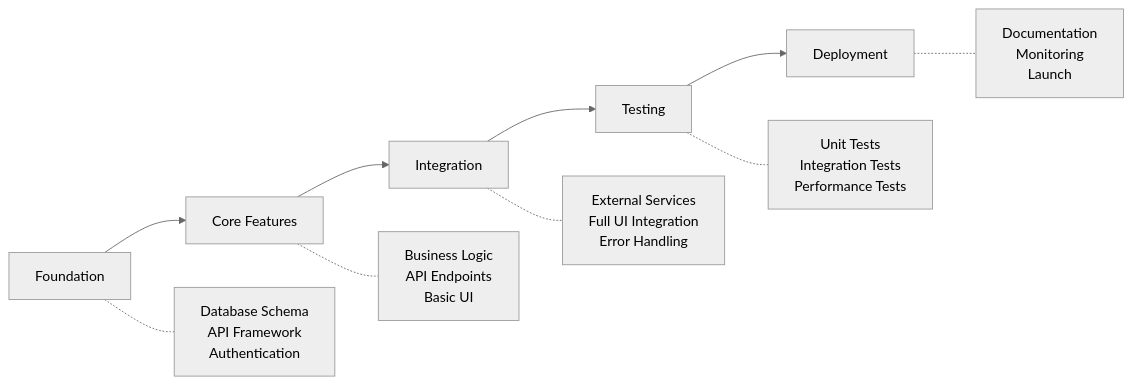
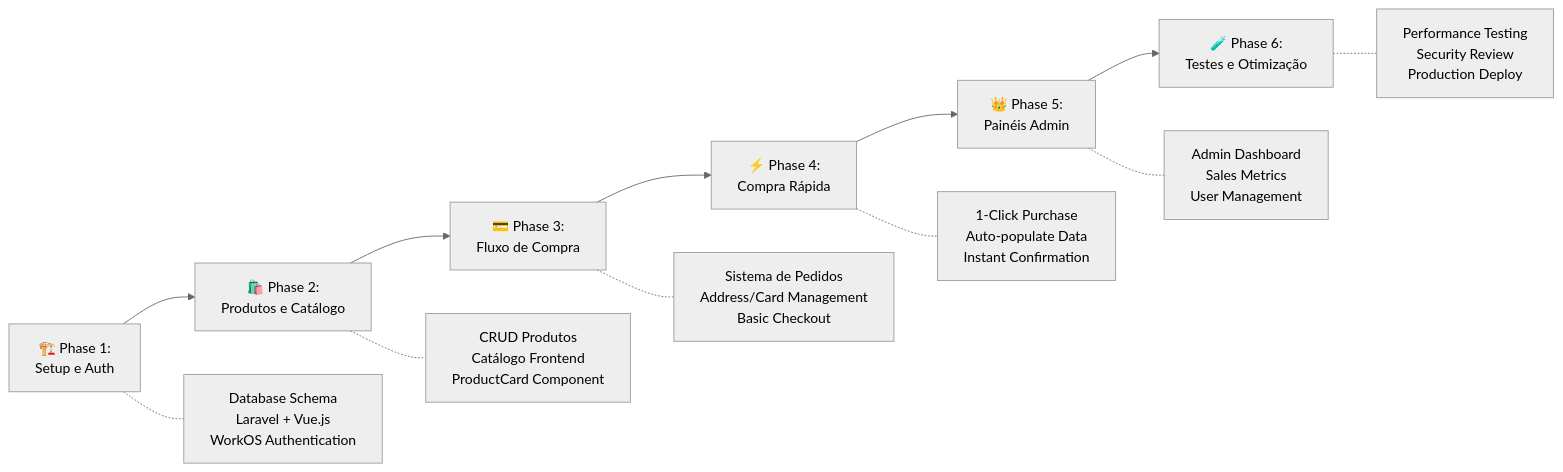
One commit to Merieli/meraki-shop changed the fifth of 5 diagrams in .taskmaster/docs/current-task/prp.md. Above: the diagram before and after it, drawn with Mermaid (neutral theme). The commit also changed other lines of this file, not shown here.

````diff
--- a/.taskmaster/docs/current-task/prp.md
+++ b/.taskmaster/docs/current-task/prp.md
@@ -205,13 +254,15 @@
 ```mermaid
 graph LR
-    A[Foundation] --> B[Core Features]
-    B --> C[Integration]
-    C --> D[Testing]
-    D --> E[Deployment]
+    A[🏗️ Phase 1:<br/>Setup e Auth] --> B[🛍️ Phase 2:<br/>Produtos e Catálogo]
+    B --> C[💳 Phase 3:<br/>Fluxo de Compra]
+    C --> D[⚡ Phase 4:<br/>Compra Rápida]
+    D --> E[👑 Phase 5:<br/>Painéis Admin]
+    E --> F[🧪 Phase 6:<br/>Testes e Otimização]
     
-    A -.- F[Database Schema<br/>API Framework<br/>Authentication]
-    B -.- G[Business Logic<br/>API Endpoints<br/>Basic UI]
-    C -.- H[External Services<br/>Full UI Integration<br/>Error Handling]
-    D -.- I[Unit Tests<br/>Integration Tests<br/>Performance Tests]
-    E -.- J[Documentation<br/>Monitoring<br/>Launch]
+    A -.- AA[Database Schema<br/>Laravel + Vue.js<br/>WorkOS Authentication]
+    B -.- BB[CRUD Produtos<br/>Catálogo Frontend<br/>ProductCard Component]
+    C -.- CC[Sistema de Pedidos<br/>Address/Card Management<br/>Basic Checkout]
+    D -.- DD[1-Click Purchase<br/>Auto-populate Data<br/>Instant Confirmation]
+    E -.- EE[Admin Dashboard<br/>Sales Metrics<br/>User Management]
+    F -.- FF[Performance Testing<br/>Security Review<br/>Production Deploy]
 ```
````
